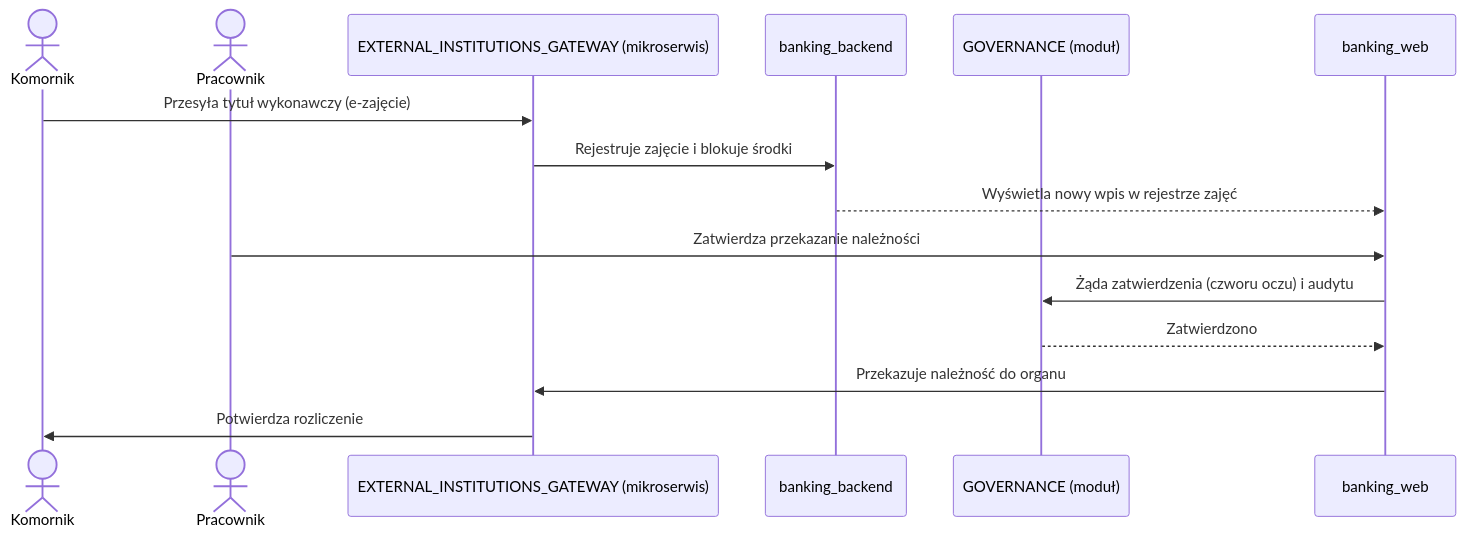
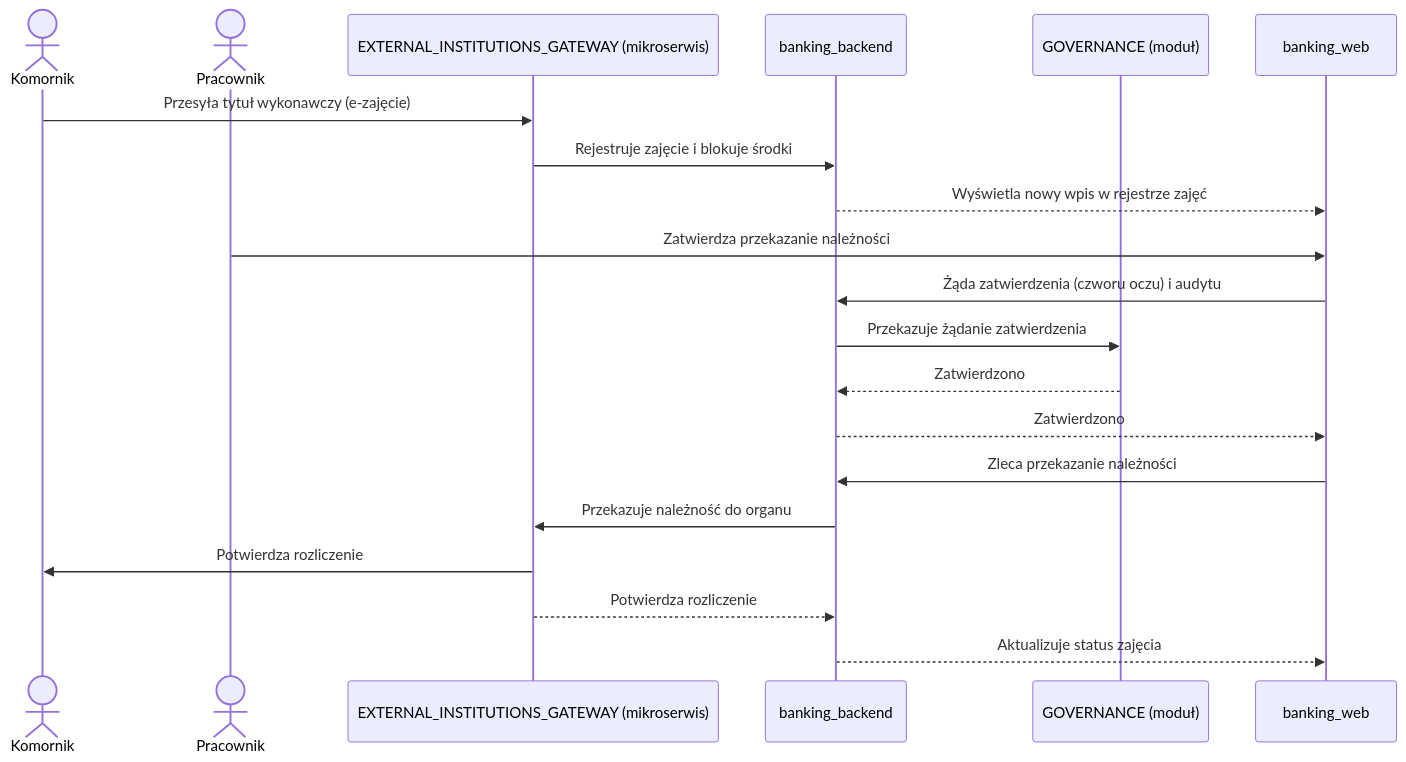
One commit to RobertNeat/Enterprise_Banking_Platform changed the sixth of 8 diagrams in docs/banking_web_functions(concise).md. Above: the diagram before and after it, drawn with Mermaid. The commit also changed other lines of this file and 106 other files, not shown here.

````diff
--- a/docs/banking_web_functions(concise).md
+++ b/docs/banking_web_functions(concise).md
@@ -402,18 +415,23 @@
 ```mermaid
 sequenceDiagram
     actor Komornik
     actor Pracownik
     participant GW as EXTERNAL_INSTITUTIONS_GATEWAY (mikroserwis)
     participant BB as banking_backend
     participant GOV as GOVERNANCE (moduł)
     participant WEB as banking_web
 
     Komornik->>GW: Przesyła tytuł wykonawczy (e-zajęcie)
     GW->>BB: Rejestruje zajęcie i blokuje środki
     BB-->>WEB: Wyświetla nowy wpis w rejestrze zajęć
     Pracownik->>WEB: Zatwierdza przekazanie należności
-    WEB->>GOV: Żąda zatwierdzenia (czworu oczu) i audytu
-    GOV-->>WEB: Zatwierdzono
-    WEB->>GW: Przekazuje należność do organu
+    WEB->>BB: Żąda zatwierdzenia (czworu oczu) i audytu
+    BB->>GOV: Przekazuje żądanie zatwierdzenia
+    GOV-->>BB: Zatwierdzono
+    BB-->>WEB: Zatwierdzono
+    WEB->>BB: Zleca przekazanie należności
+    BB->>GW: Przekazuje należność do organu
     GW->>Komornik: Potwierdza rozliczenie
+    GW-->>BB: Potwierdza rozliczenie
+    BB-->>WEB: Aktualizuje status zajęcia
 ```
````
